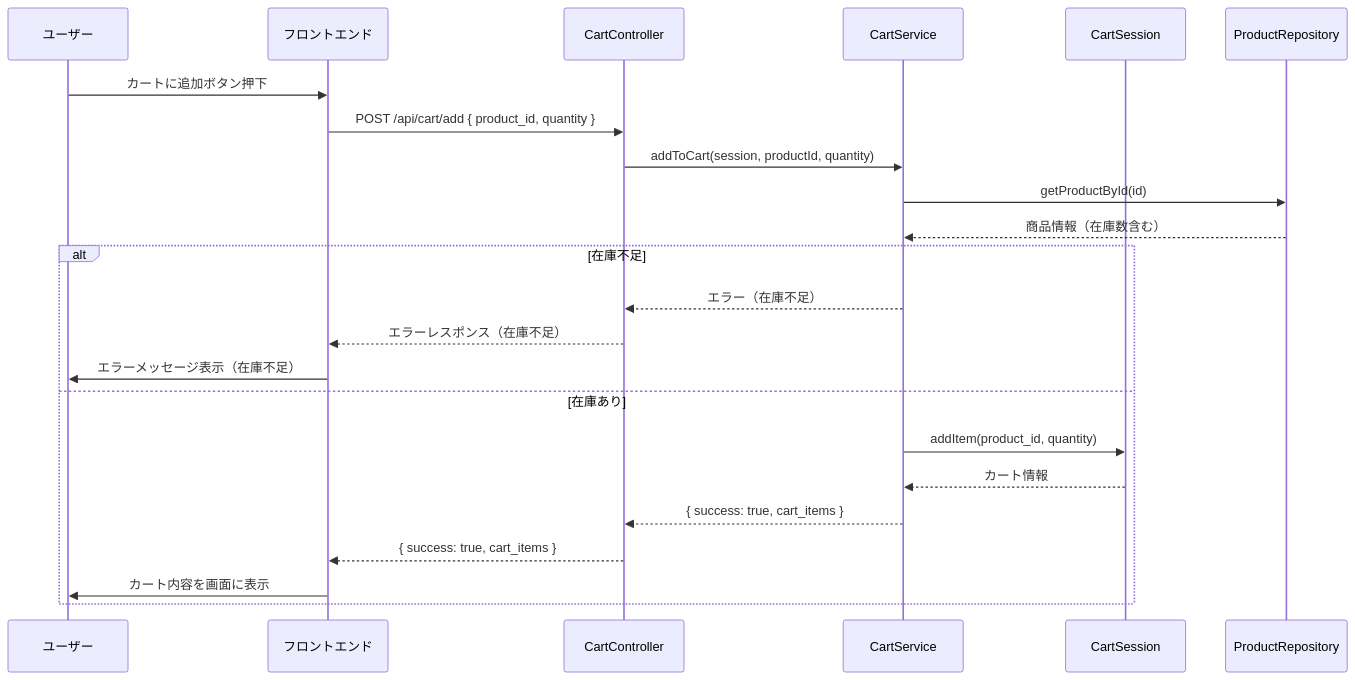
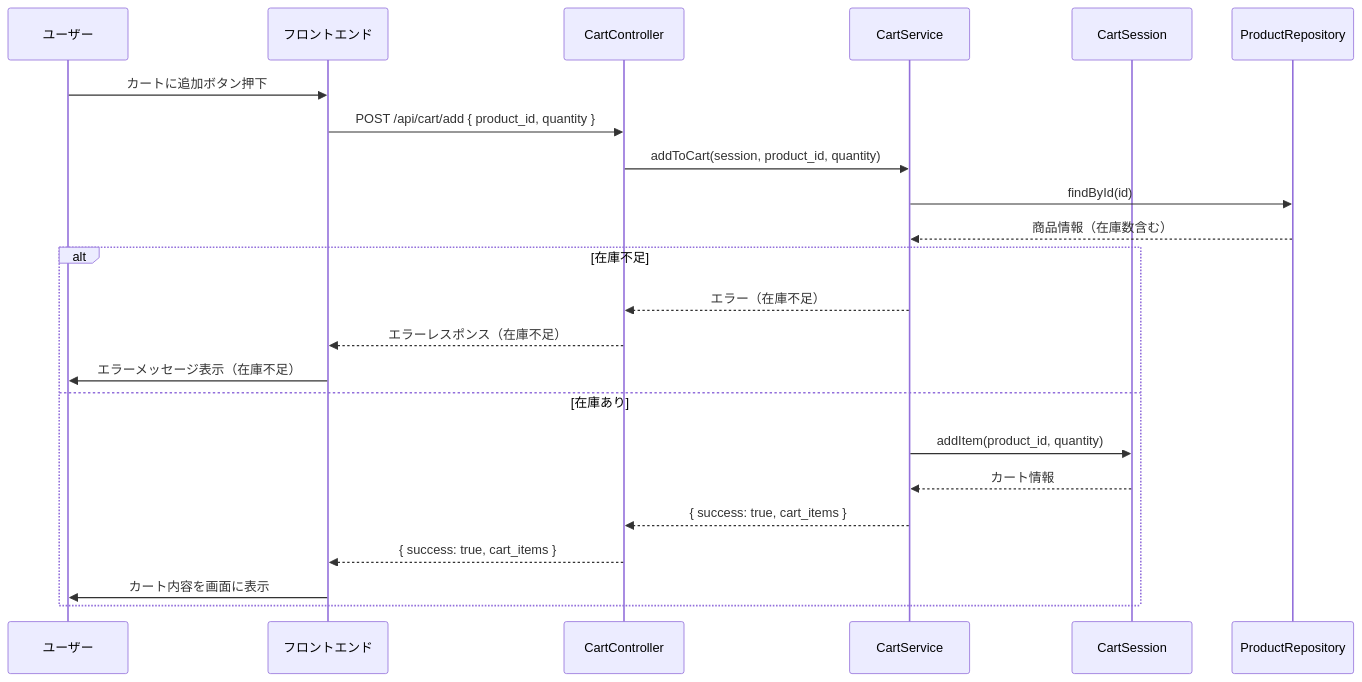
The third of 36 diagrams in 詳細設計/担当B_村田/3.2 機能詳細.md (Aoi-Yaegashi/teamF), drawn with Mermaid before and after one commit. The commit also changed other lines of this file and 2 other files, not shown here.

```diff
--- a/詳細設計/担当B_村田/3.2 機能詳細.md
+++ b/詳細設計/担当B_村田/3.2 機能詳細.md
@@ -87,43 +87,43 @@
    <div class="mermaid">
    sequenceDiagram
     participant User as ユーザー
     participant FE as フロントエンド
     participant CartC as CartController
     participant CartS as CartService
     participant CartRepo as CartSession
     participant ProdRepo as ProductRepository
 
     %% 1. ユーザーが「カートに追加」ボタンを押す
     User->>FE: カートに追加ボタン押下
 
     %% 2. フロントエンドがAPI呼び出し
     FE->>CartC: POST /api/cart/add { product_id, quantity }
 
     %% 3. コントローラがサービスに処理を依頼
-    CartC->>CartS: addToCart(session, productId, quantity)
+    CartC->>CartS: addToCart(session, product_id, quantity)
 
     %% 4. サービスが商品情報を取得（在庫チェックのため）
-    CartS->>ProdRepo: getProductById(id)
+    CartS->>ProdRepo: findById(id)
     ProdRepo-->>CartS: 商品情報（在庫数含む）
 
     %% 5. サービスが在庫チェック
     alt 在庫不足
         CartS-->>CartC: エラー（在庫不足）
         CartC-->>FE: エラーレスポンス（在庫不足）
         FE->>User: エラーメッセージ表示（在庫不足）
     else 在庫あり
         %% 6. サービスがCartセッションで既存カートの有無を確認
         CartS->>CartRepo: addItem(product_id, quantity)
         
             CartRepo-->>CartS: カート情報
 
         %% 7. サービスがコントローラに返却
         CartS-->>CartC: { success: true, cart_items }
 
         %% 8. コントローラがフロントエンドにレスポンス
         CartC-->>FE: { success: true, cart_items }
 
         %% 9. フロントエンドがカートページに反映
         FE->>User: カート内容を画面に表示
     end
 </div>
```
